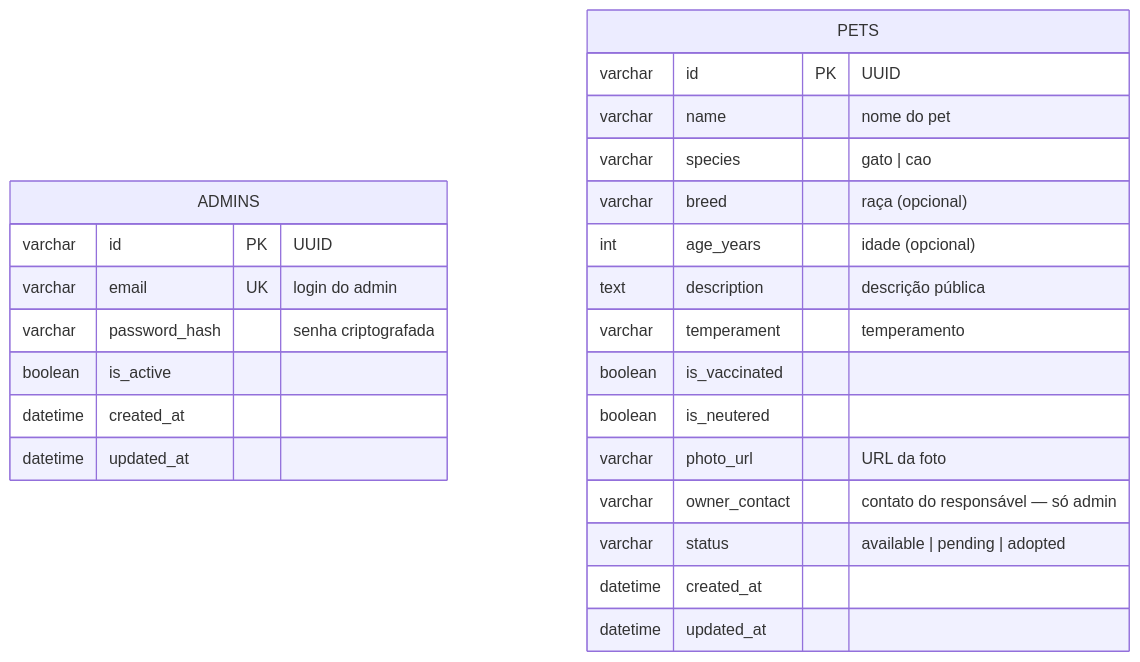
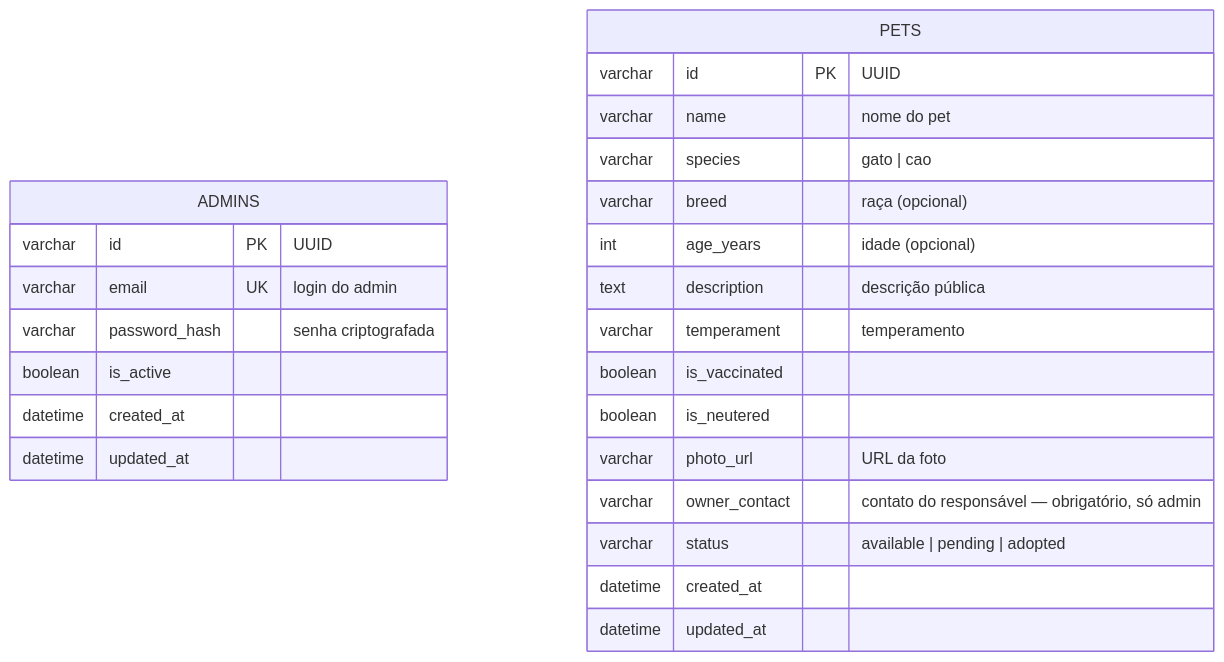
The first of 2 diagrams in DATABASE.md (Raylla-Silva12/Adocao), drawn with Mermaid before and after one commit. The commit also changed 4 other files, not shown here.

````diff
--- a/DATABASE.md
+++ b/DATABASE.md
@@ -7,28 +7,28 @@
 ```mermaid
 erDiagram
     ADMINS {
         varchar id PK "UUID"
         varchar email UK "login do admin"
         varchar password_hash "senha criptografada"
         boolean is_active
         datetime created_at
         datetime updated_at
     }
 
     PETS {
         varchar id PK "UUID"
         varchar name "nome do pet"
         varchar species "gato | cao"
         varchar breed "raça (opcional)"
         int age_years "idade (opcional)"
         text description "descrição pública"
         varchar temperament "temperamento"
         boolean is_vaccinated
         boolean is_neutered
         varchar photo_url "URL da foto"
-        varchar owner_contact "contato do responsável — só admin"
+        varchar owner_contact "contato do responsável — obrigatório, só admin"
         varchar status "available | pending | adopted"
         datetime created_at
         datetime updated_at
     }
 ```
````
